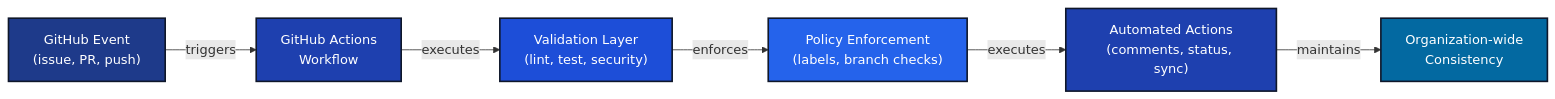
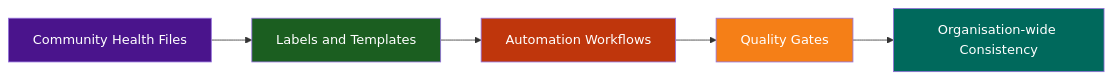
Before and after one commit to lightspeedwp/.github: the first of 2 diagrams in README.md, drawn with Mermaid. The commit also changed other lines of this file and 286 other files, not shown here.

First line of the commit message:
fix: correct Mermaid diagram accessibility and dry-run bug

````diff
--- a/README.md
+++ b/README.md
@@ -228,22 +72,15 @@
 ```mermaid
 graph LR
-    A["GitHub Event<br/>(issue, PR, push)"]
-    B["GitHub Actions<br/>Workflow"]
-    C["Validation Layer<br/>(lint, test, security)"]
-    D["Policy Enforcement<br/>(labels, branch checks)"]
-    E["Automated Actions<br/>(comments, status, sync)"]
-    F["Organization-wide<br/>Consistency"]
+  accTitle: graph diagram
+  accDescr: graph flowchart
+    A["Community Health Files"] --> B["Labels and Templates"]
+    B --> C["Automation Workflows"]
+    C --> D["Quality Gates"]
+    D --> E["Organisation-wide Consistency"]
 
-    A -->|triggers| B
-    B -->|executes| C
-    C -->|enforces| D
-    D -->|executes| E
-    E -->|maintains| F
-
-    style A fill:#1e3a8a,color:#ffffff,stroke:#0f172a,stroke-width:2px
-    style B fill:#1e40af,color:#ffffff,stroke:#0f172a,stroke-width:2px
-    style C fill:#1d4ed8,color:#ffffff,stroke:#0f172a,stroke-width:2px
-    style D fill:#2563eb,color:#ffffff,stroke:#0f172a,stroke-width:2px
-    style E fill:#1e40af,color:#ffffff,stroke:#0f172a,stroke-width:2px
-    style F fill:#0369a1,color:#ffffff,stroke:#0f172a,stroke-width:2px
+    style A fill:#4a148c,color:#fff
+    style B fill:#1b5e20,color:#fff
+    style C fill:#bf360c,color:#fff
+    style D fill:#f57f17,color:#fff
+    style E fill:#00695c,color:#fff
 ```
````
